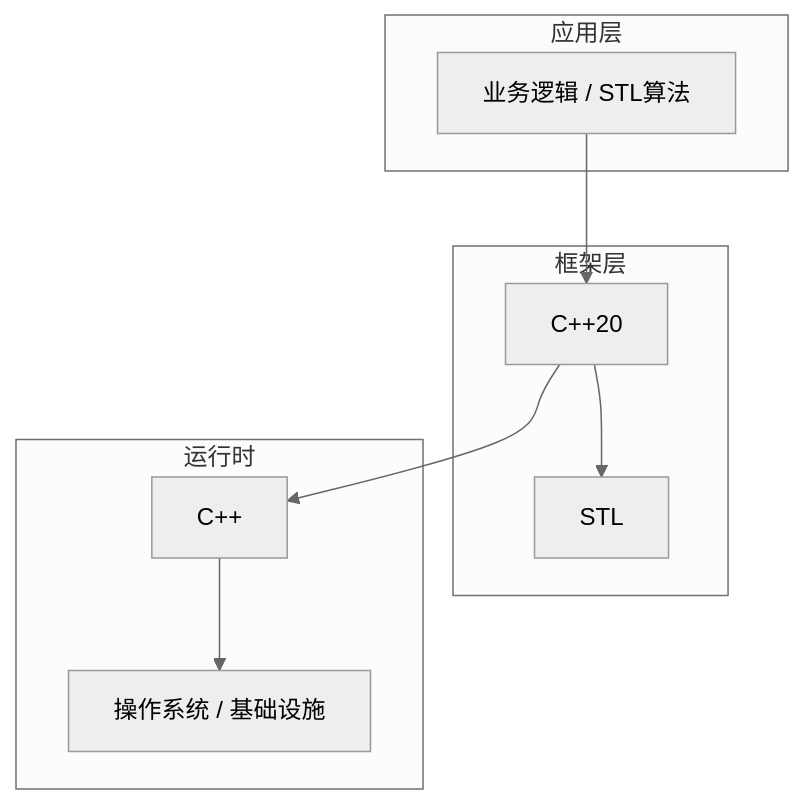
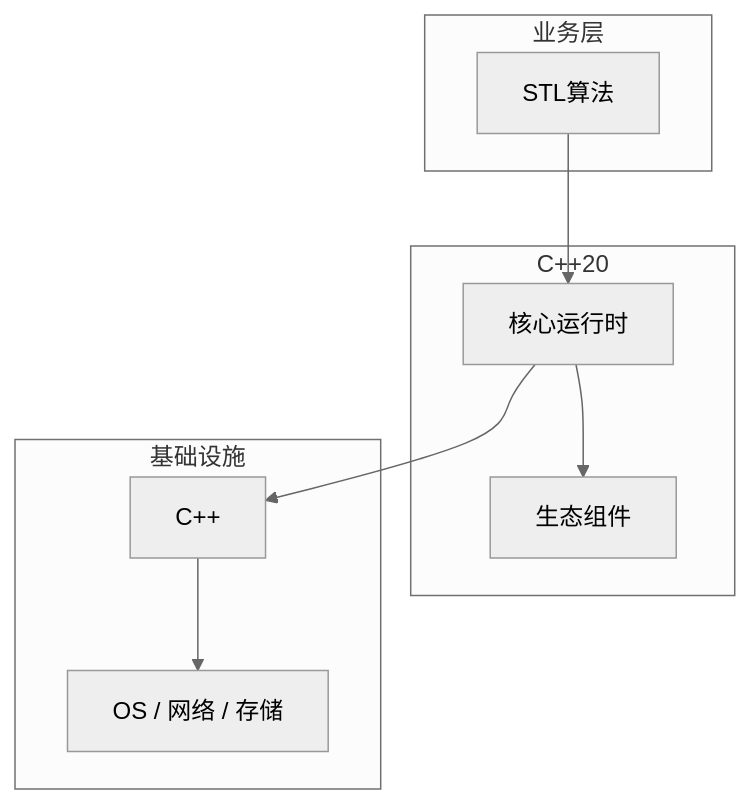
One commit to yanggan2015/knowledge-json-v2 changed the diagram in articles/C++/chapters/084-STL算法核心概念与原理.md. Above: the diagram before and after it, drawn with Mermaid (neutral theme). The commit also changed other lines of this file and 10127 other files, not shown here.

````diff
--- a/articles/C++/chapters/084-STL算法核心概念与原理.md
+++ b/articles/C++/chapters/084-STL算法核心概念与原理.md
@@ -45,18 +34,18 @@
 ```mermaid
 graph TB
-    subgraph 应用层
-        A[业务逻辑 / STL算法]
+    subgraph 业务层
+        A[STL算法]
     end
-    subgraph 框架层
-        B[C++20]
-        C[STL]
+    subgraph C++20
+        B[核心运行时]
+        C[生态组件]
     end
-    subgraph 运行时
+    subgraph 基础设施
         D[C++]
-        E[操作系统 / 基础设施]
+        E[OS / 网络 / 存储]
     end
     A --> B
     B --> C
     B --> D
     D --> E
 ```
````
